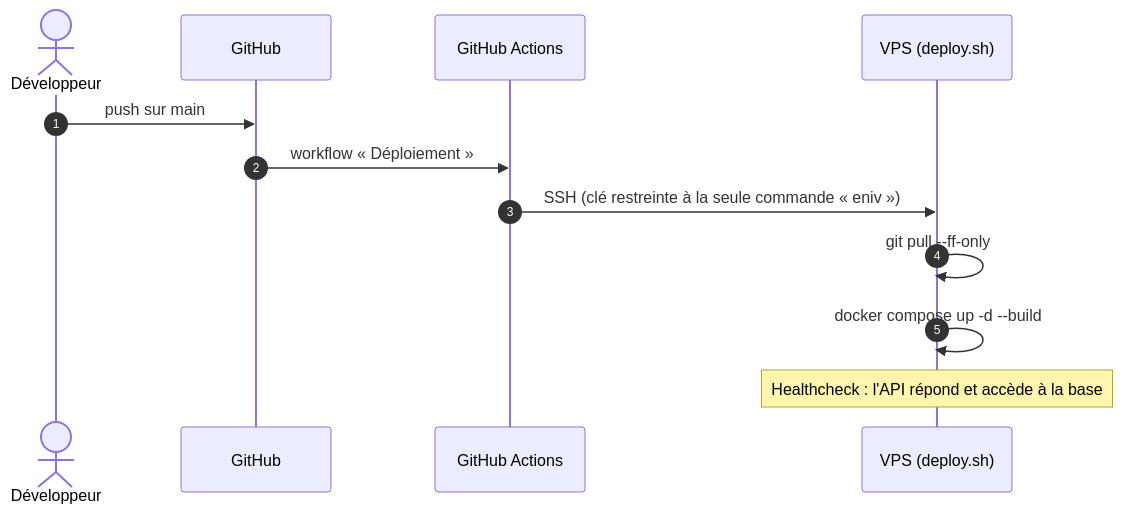
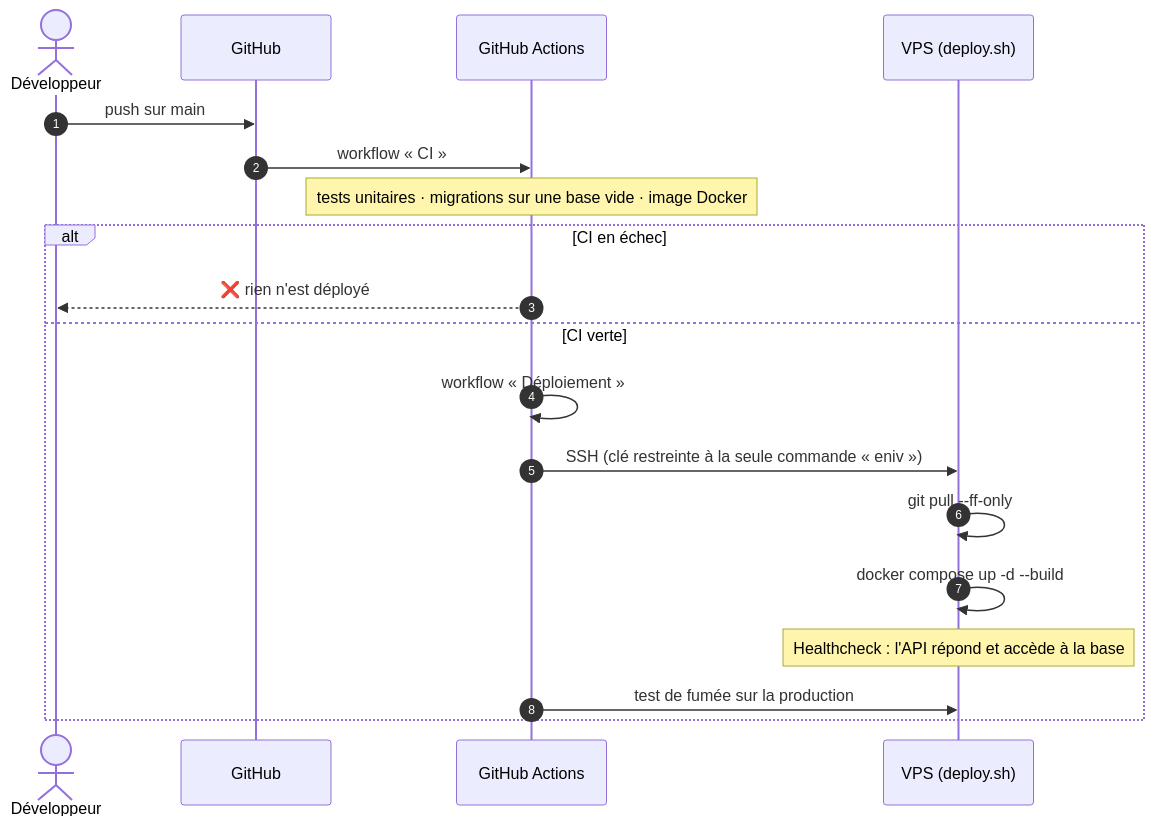
Before and after one commit to ENIV-ENT/ENIV: the second of 2 diagrams in README.md, drawn with Mermaid. The commit also changed other lines of this file and 1 other file, not shown here.

````diff
--- a/README.md
+++ b/README.md
@@ -214,14 +215,21 @@
 ```mermaid
 sequenceDiagram
     autonumber
     actor Dev as Développeur
     participant GH as GitHub
     participant GA as GitHub Actions
     participant VPS as VPS (deploy.sh)
     Dev->>GH: push sur main
-    GH->>GA: workflow « Déploiement »
-    GA->>VPS: SSH (clé restreinte à la seule commande « eniv »)
-    VPS->>VPS: git pull --ff-only
-    VPS->>VPS: docker compose up -d --build
-    Note over VPS: Healthcheck : l'API répond et accède à la base
+    GH->>GA: workflow « CI »
+    Note over GA: tests unitaires · migrations sur une base vide · image Docker
+    alt CI en échec
+        GA-->>Dev: ❌ rien n'est déployé
+    else CI verte
+        GA->>GA: workflow « Déploiement »
+        GA->>VPS: SSH (clé restreinte à la seule commande « eniv »)
+        VPS->>VPS: git pull --ff-only
+        VPS->>VPS: docker compose up -d --build
+        Note over VPS: Healthcheck : l'API répond et accède à la base
+        GA->>VPS: test de fumée sur la production
+    end
 ```
````
